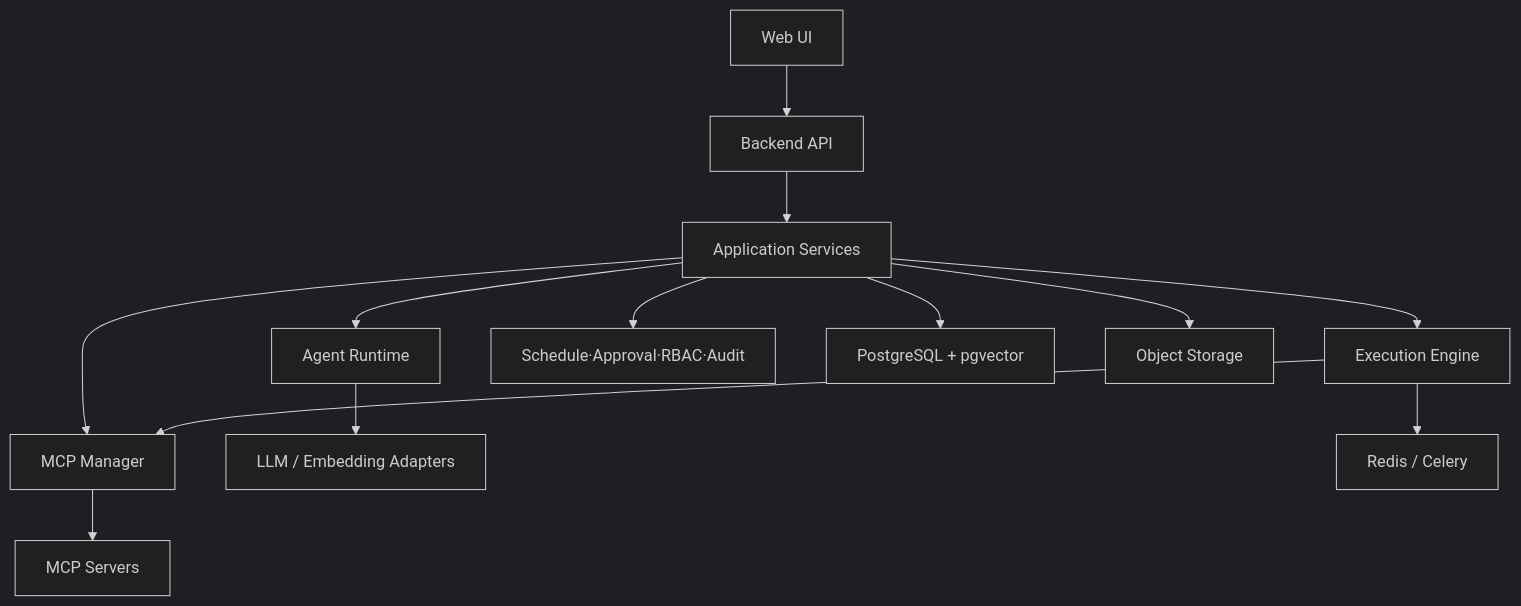
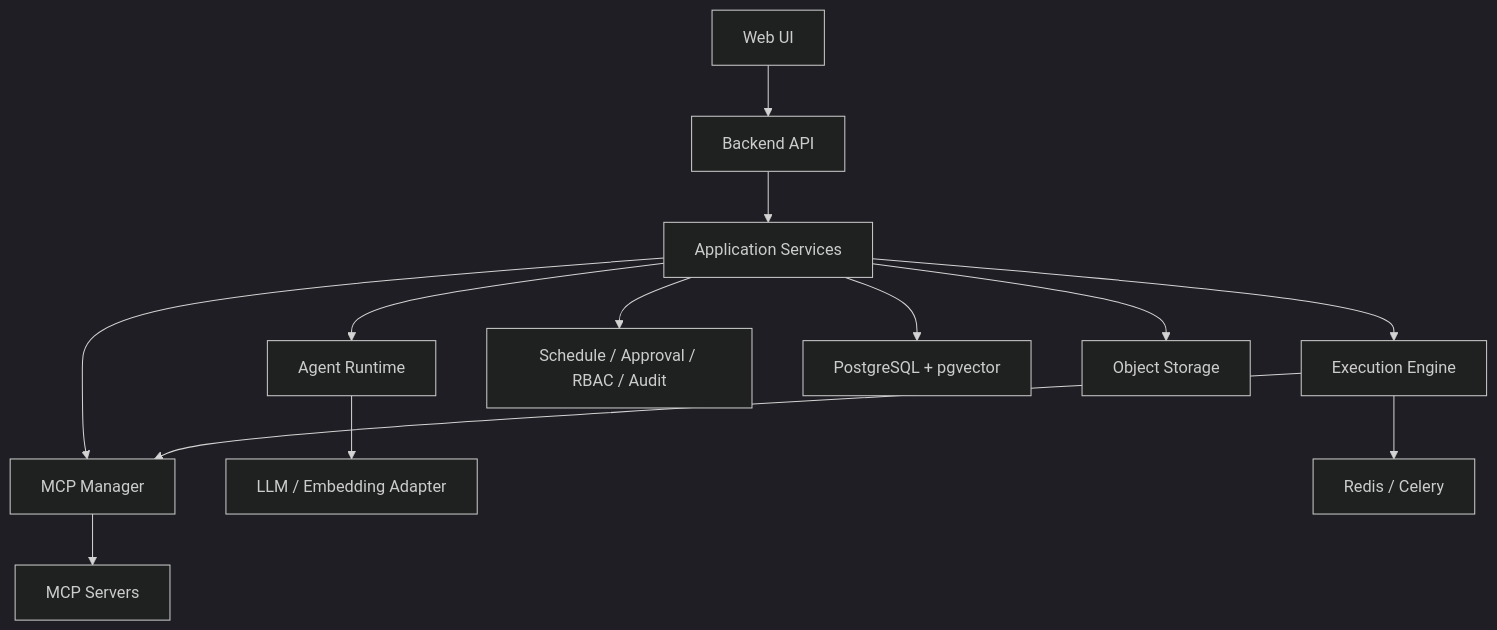
The second of 3 diagrams in docs/03-system-architecture.md (ramza2/mcp-flow), drawn with Mermaid (dark theme) before and after one commit. The commit also changed other lines of this file, not shown here.

Commit message:
docs: align system architecture with canonical runtime and MCP contracts

````diff
--- a/docs/03-system-architecture.md
+++ b/docs/03-system-architecture.md
@@ -140,15 +122,15 @@
 ```mermaid
 flowchart TD
-    UI["Web UI"] --> API["Backend API"]
-    API --> APP["Application Services"]
-    APP --> AGT["Agent Runtime"]
-    APP --> EXE["Execution Engine"]
-    APP --> MCP["MCP Manager"]
-    APP --> OPS["Schedule·Approval·RBAC·Audit"]
-    AGT --> LLM["LLM / Embedding Adapters"]
+    UI[Web UI] --> API[Backend API]
+    API --> APP[Application Services]
+    APP --> AGT[Agent Runtime]
+    APP --> EXE[Execution Engine]
+    APP --> MCP[MCP Manager]
+    APP --> OPS[Schedule / Approval / RBAC / Audit]
+    AGT --> LLM[LLM / Embedding Adapter]
     EXE --> MCP
-    APP --> DB["PostgreSQL + pgvector"]
-    EXE --> Q["Redis / Celery"]
-    MCP --> SRV["MCP Servers"]
-    APP --> OBJ["Object Storage"]
+    APP --> DB[PostgreSQL + pgvector]
+    EXE --> Q[Redis / Celery]
+    MCP --> SRV[MCP Servers]
+    APP --> OBJ[Object Storage]
 ```
````
